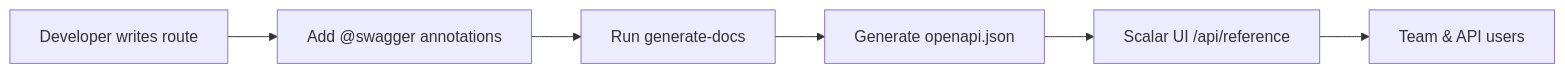
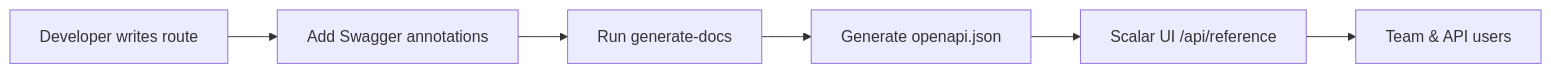
One commit to ever-works/directory-web-template changed the diagram in docs/team-training/api-documentation.md. Above: the diagram before and after it, drawn with Mermaid. The commit also changed 5 other files, not shown here.

First line of the commit message:
fix: resolve Mermaid parse errors and production build crash

````diff
--- a/docs/team-training/api-documentation.md
+++ b/docs/team-training/api-documentation.md
@@ -79,8 +79,8 @@
 ```mermaid
 graph LR
-    A[Developer writes route] --> B[Add @swagger annotations]
+    A["Developer writes route"] --> B["Add Swagger annotations"]
     B --> C[Run generate-docs]
     C --> D[Generate openapi.json]
     D --> E[Scalar UI /api/reference]
     E --> F[Team & API users]
 ```
````
